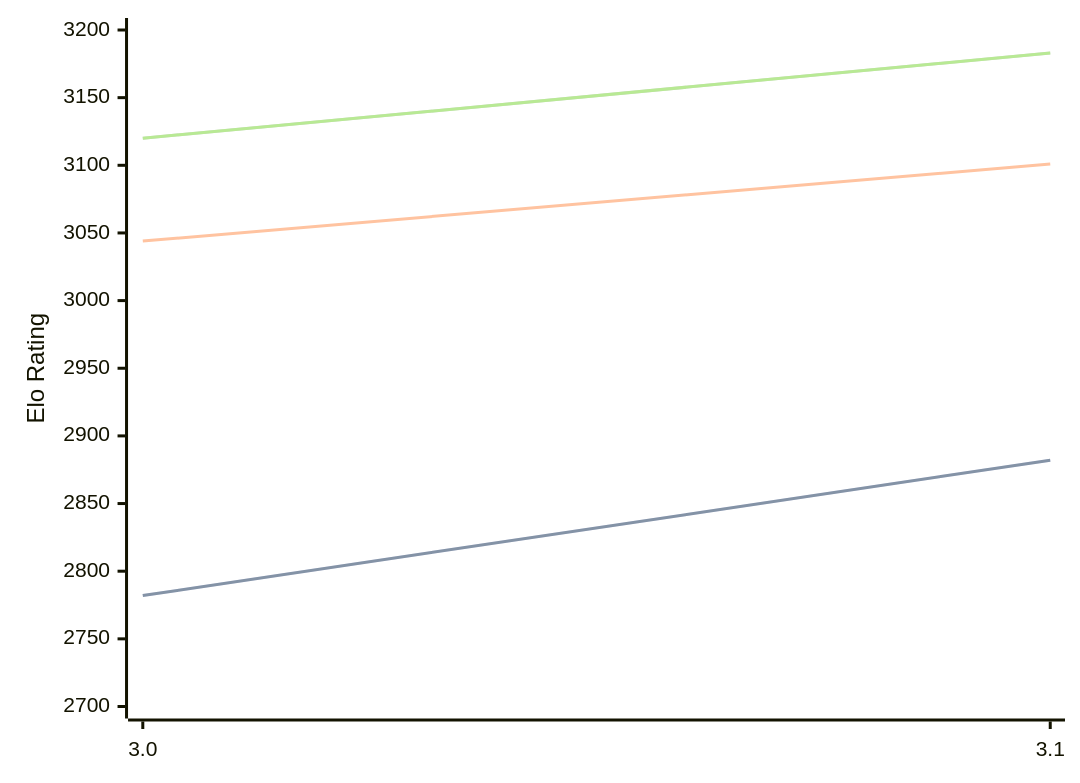
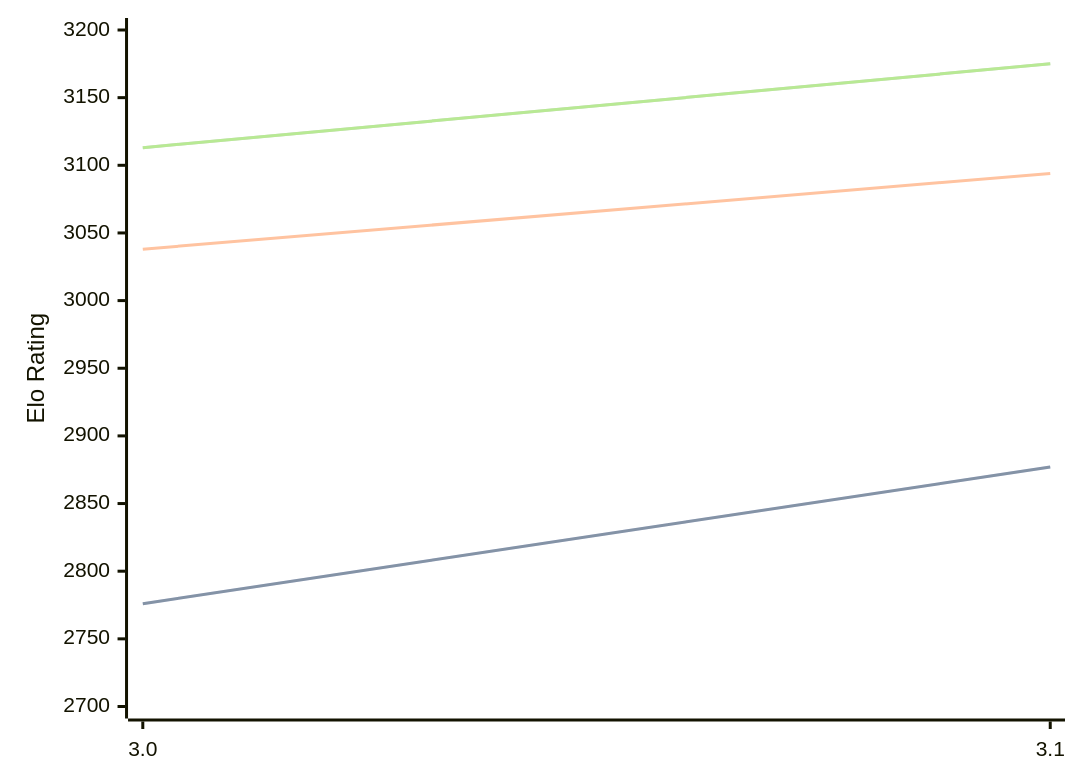
Before and after one commit to computer-chess-index/cci: the diagram in engines/Vajolet2.md, drawn with Mermaid. The commit also changed other lines of this file, not shown here.

Commit message:
Update CCI Ratings (ELO VLTC) - 2026-05-18

````diff
--- a/engines/Vajolet2.md
+++ b/engines/Vajolet2.md
@@ -40,11 +41,11 @@
 ```mermaid
 %%{init: {"theme":"base","themeVariables":{"seriesColors:['#a3a3a3','#222221','#faa371']}}}%%
 xychart-beta
   x-axis ["3.0", "3.1"]
   y-axis "Elo Rating" 2700 --> 3200
-  line "STC (8.0+0.08s)" [2782, 2882]
-  line "STC (8.0+0.08s)" [2782, 2882]
-  line "LTC (60.0+0.60s)" [3044, 3101]
-  line "VLTC (2m24s+1.12s)" [3120, 3183]
-  line "VLTC (2m24s+1.12s)" [3120, 3183]
+  line "STC (8.0+0.08s)" [2776, 2877]
+  line "STC (8.0+0.08s)" [2776, 2877]
+  line "LTC (60.0+0.60s)" [3038, 3094]
+  line "VLTC (2m24s+1.12s)" [3113, 3175]
+  line "VLTC (2m24s+1.12s)" [3113, 3175]
 ```
````
